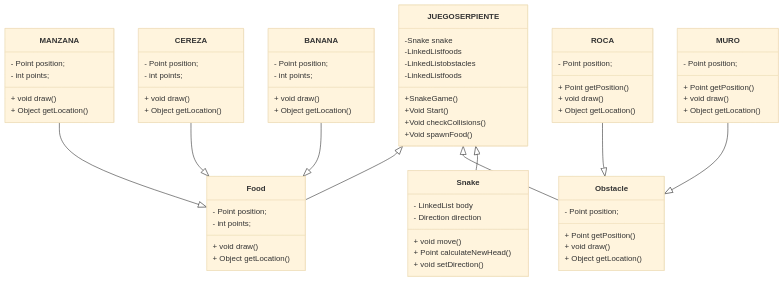
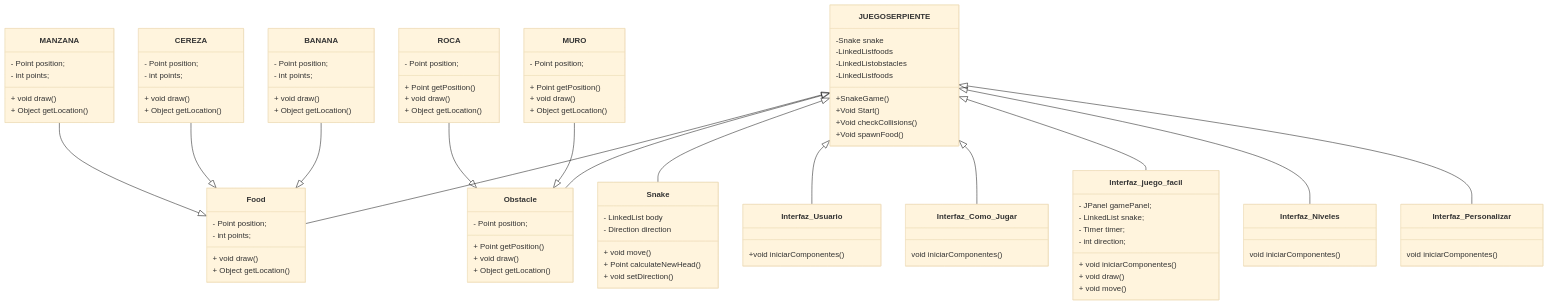
The diagram in README.md (amingom/Juego-SnakeChallenge), drawn with Mermaid (base theme) before and after one commit.

Commit message:
README.md

````diff
--- a/README.md
+++ b/README.md
@@ -32,6 +32,11 @@
     JUEGOSERPIENTE <|-- Food
     JUEGOSERPIENTE <|-- Obstacle
     JUEGOSERPIENTE <|-- Snake
+    JUEGOSERPIENTE <|-- Interfaz_Usuario
+    JUEGOSERPIENTE <|-- Interfaz_Como_Jugar
+    JUEGOSERPIENTE <|-- Interfaz_juego_facil
+    JUEGOSERPIENTE <|-- Interfaz_Niveles
+    JUEGOSERPIENTE <|-- Interfaz_Personalizar
     MANZANA--|> Food
     CEREZA --|> Food
     BANANA --|> Food
@@ -103,4 +108,35 @@
       + void draw()
       + Object getLocation()
     }
+
+   class Interfaz_Usuario{ 
+    +void iniciarComponentes()
+   }
+ 
+
+    class Interfaz_Como_Jugar{
+        void iniciarComponentes()
+    }
+
+
+    class Interfaz_juego_facil{
+    - JPanel gamePanel;
+    - LinkedList<Point> snake;
+    - Timer timer;
+    - int direction;
+    + void iniciarComponentes()
+    + void draw()
+    + void move()
+
+
+    }
+
+    class Interfaz_Niveles{
+        void iniciarComponentes()
+    }
+
+      class Interfaz_Personalizar{
+        void iniciarComponentes()
+    }
+
 ```
````
